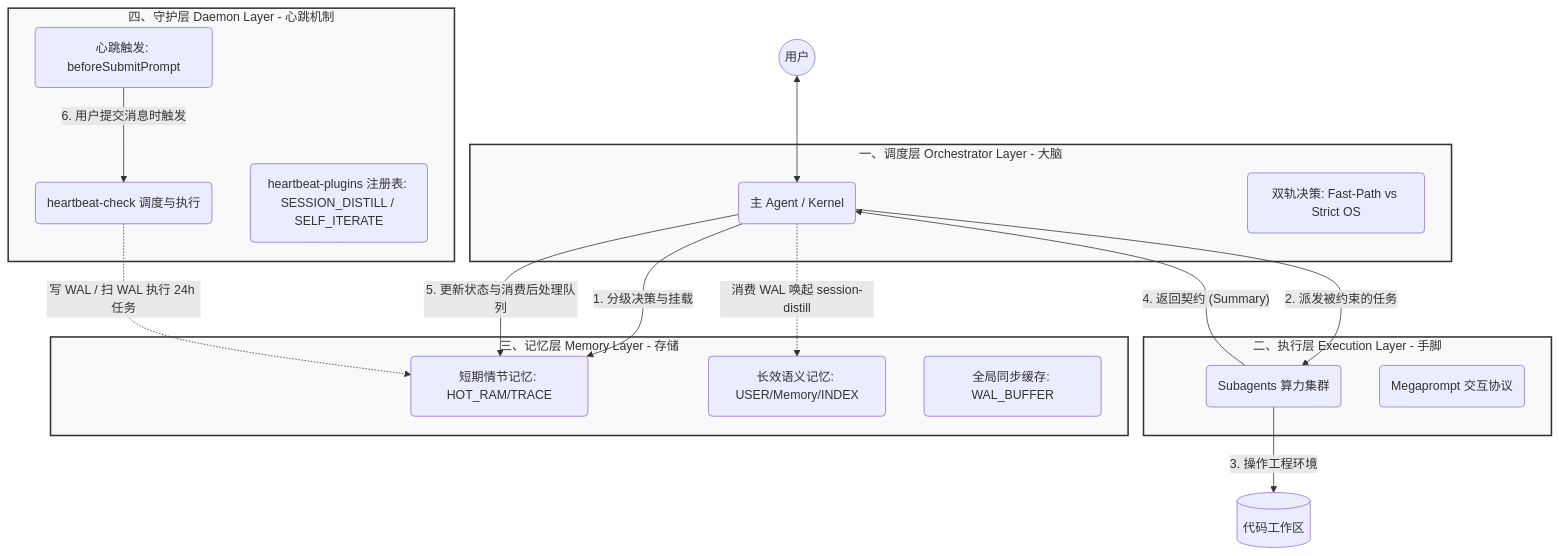
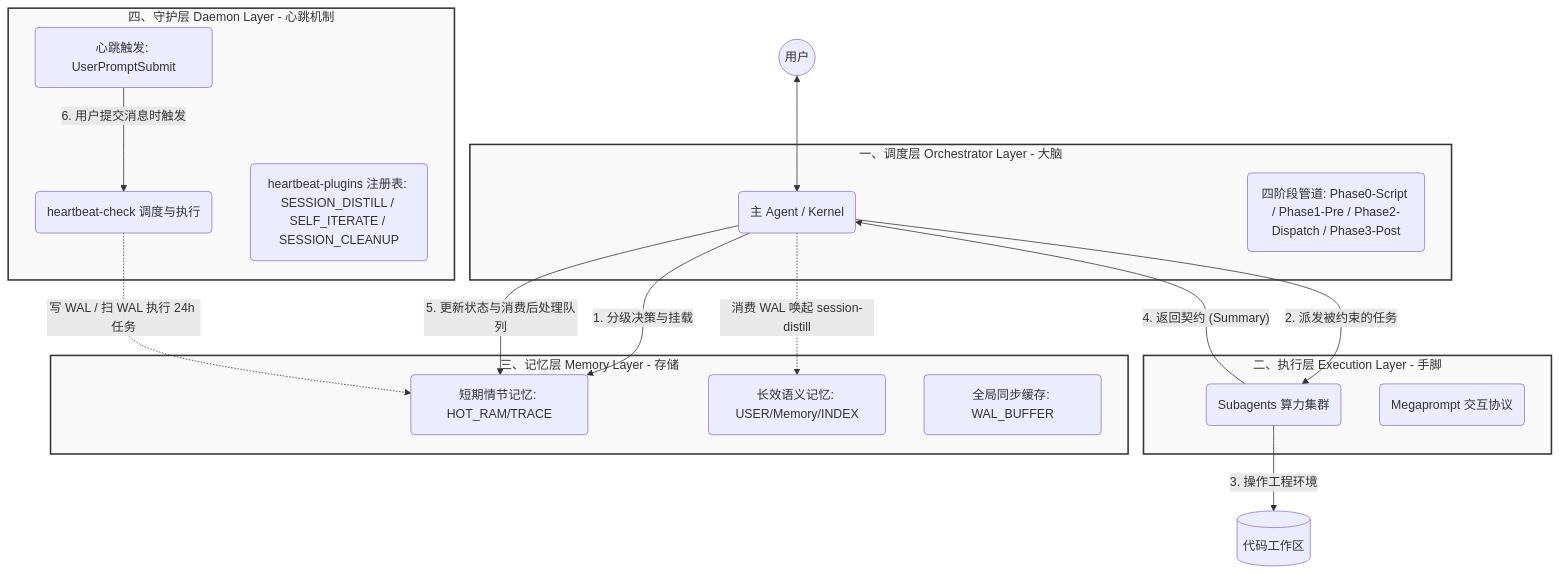
Before and after one commit to tower1229/LingXi: the diagram in .claude/skills/about-lingxi/references/architecture.md, drawn with Mermaid. The commit also changed other lines of this file and 10 other files, not shown here.

````diff
--- a/.claude/skills/about-lingxi/references/architecture.md
+++ b/.claude/skills/about-lingxi/references/architecture.md
@@ -13,40 +13,40 @@
 ```mermaid
 graph TD
     classDef layer fill:#f9f9f9,stroke:#333,stroke-width:2px;
 
     User((用户))
 
     subgraph 调度层 [一、调度层 Orchestrator Layer - 大脑]
         MainAgent(主 Agent / Kernel)
-        Tiers(双轨决策: Fast-Path vs Strict OS)
+        Pipeline(四阶段管道: Phase0-Script / Phase1-Pre / Phase2-Dispatch / Phase3-Post)
     end
 
     subgraph 执行层 [二、执行层 Execution Layer - 手脚]
         Subagents(Subagents 算力集群)
         Protocol(Megaprompt 交互协议)
     end
 
     subgraph 记忆层 [三、记忆层 Memory Layer - 存储]
         StateFile(短期情节记忆: HOT_RAM/TRACE)
         Knowledge(长效语义记忆: USER/Memory/INDEX)
         GlobalSync(全局同步缓存: WAL_BUFFER)
     end
 
     subgraph 守护层 [四、守护层 Daemon Layer - 心跳机制]
-        Hooks(心跳触发: beforeSubmitPrompt)
+        Hooks(心跳触发: UserPromptSubmit)
         Watchdog(heartbeat-check 调度与执行)
-        Plugins(heartbeat-plugins 注册表: SESSION_DISTILL / SELF_ITERATE)
+        Plugins(heartbeat-plugins 注册表: SESSION_DISTILL / SELF_ITERATE / SESSION_CLEANUP)
     end
 
     User <--> MainAgent
     MainAgent -- 1. 分级决策与挂载 --> StateFile
     MainAgent -- 2. 派发被约束的任务 --> Subagents
     Subagents -- 3. 操作工程环境 --> Workspace[(代码工作区)]
     Subagents -- 4. 返回契约 (Summary) --> MainAgent
     MainAgent -- 5. 更新状态与消费后处理队列 --> StateFile
     Hooks -- 6. 用户提交消息时触发 --> Watchdog
     Watchdog -. 写 WAL / 扫 WAL 执行 24h 任务 .-> StateFile
     MainAgent -. 消费 WAL 唤起 session-distill .-> Knowledge
 
     class 调度层,执行层,记忆层,守护层 layer;
 ```
````
